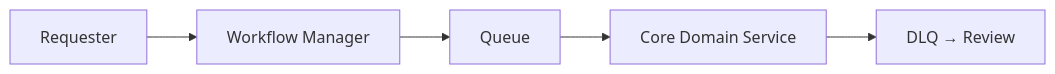
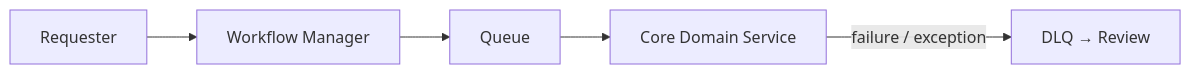
One commit to somebodywastoldme/high-level-design-skill changed the seventh of 10 diagrams in hld-ml-designer/skills/ml-system-hld/references/patterns-product-integration.md. Above: the diagram before and after it, drawn with Mermaid. The commit also changed other lines of this file, not shown here.

Commit message:
fix: correct dead-letter review flows

````diff
--- a/hld-ml-designer/skills/ml-system-hld/references/patterns-product-integration.md
+++ b/hld-ml-designer/skills/ml-system-hld/references/patterns-product-integration.md
@@ -95,4 +96,5 @@
 ```mermaid
 flowchart LR
-  requester["Requester"] --> workflow["Workflow Manager"] --> queue["Queue"] --> domain["Core Domain Service"] --> review["DLQ → Review"]
+  requester["Requester"] --> workflow["Workflow Manager"] --> queue["Queue"] --> domain["Core Domain Service"]
+  domain -->|failure / exception| review["DLQ → Review"]
 ```
````
